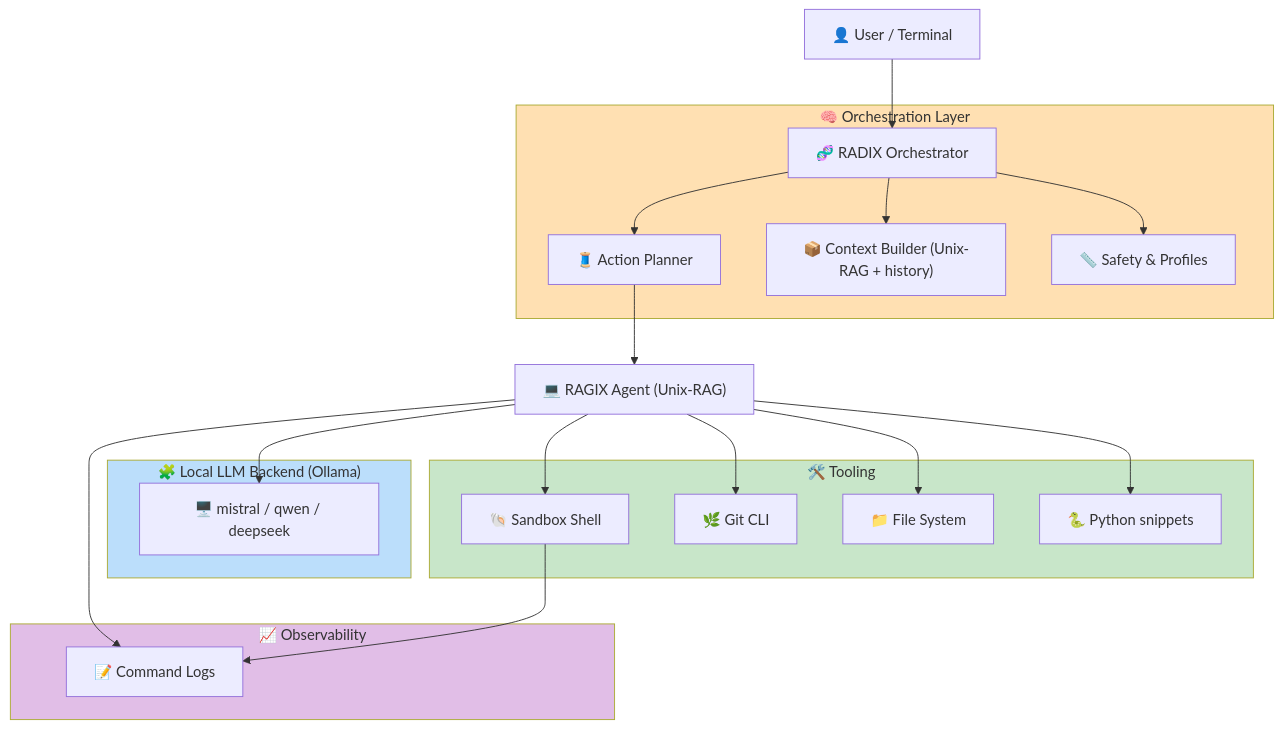
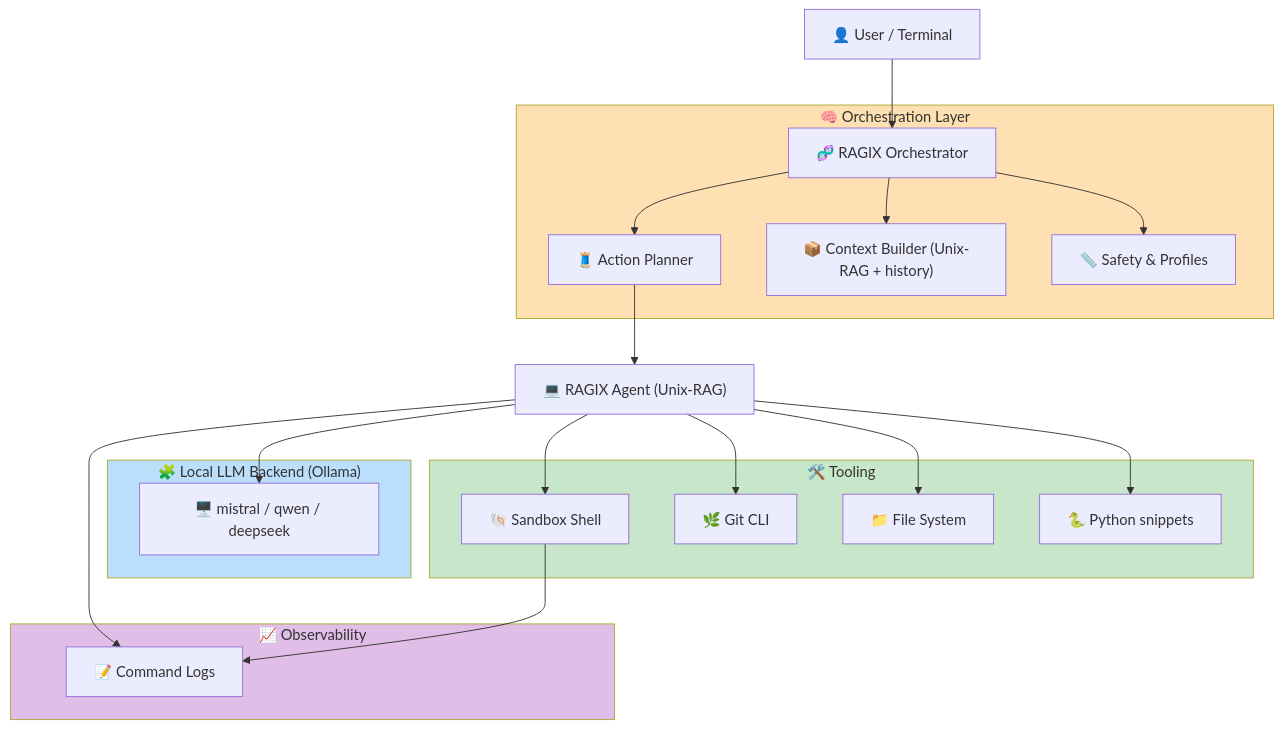
The second of 2 diagrams in README.md (ovitrac/RAGIX), drawn with Mermaid before and after one commit. The commit also changed other lines of this file, not shown here.

````diff
--- a/README.md
+++ b/README.md
@@ -135,31 +135,31 @@
 ```mermaid
 flowchart TB
  subgraph ORCH_SUB["🧠 Orchestration Layer"]
         ROUTE["🧵 Action Planner"]
-        ORCH["🧬 RADIX Orchestrator"]
+        ORCH["🧬 RAGIX Orchestrator"]
         CTX["📦 Context Builder (Unix-RAG + history)"]
         POLICY["📏 Safety & Profiles"]
   end
  subgraph LLM["🧩 Local LLM Backend (Ollama)"]
         MSTRL["🖥️ mistral / qwen / deepseek"]
   end
  subgraph TOOLS["🛠️ Tooling"]
         SHELL["🐚 Sandbox Shell"]
         GIT["🌿 Git CLI"]
         FS["📁 File System"]
         PY["🐍 Python snippets"]
   end
  subgraph OBS["📈 Observability"]
         LOGS["📝 Command Logs"]
   end
     U["👤 User / Terminal"] --> ORCH
     ORCH --> ROUTE & CTX & POLICY
     ROUTE --> RAGIX["💻 RAGIX Agent (Unix-RAG)"]
     RAGIX --> MSTRL & SHELL & GIT & FS & PY & LOGS
     SHELL --> LOGS
     style ORCH_SUB fill:#FFE0B2
     style LLM fill:#BBDEFB
     style TOOLS fill:#C8E6C9
     style OBS fill:#E1BEE7
 
 ```
````
